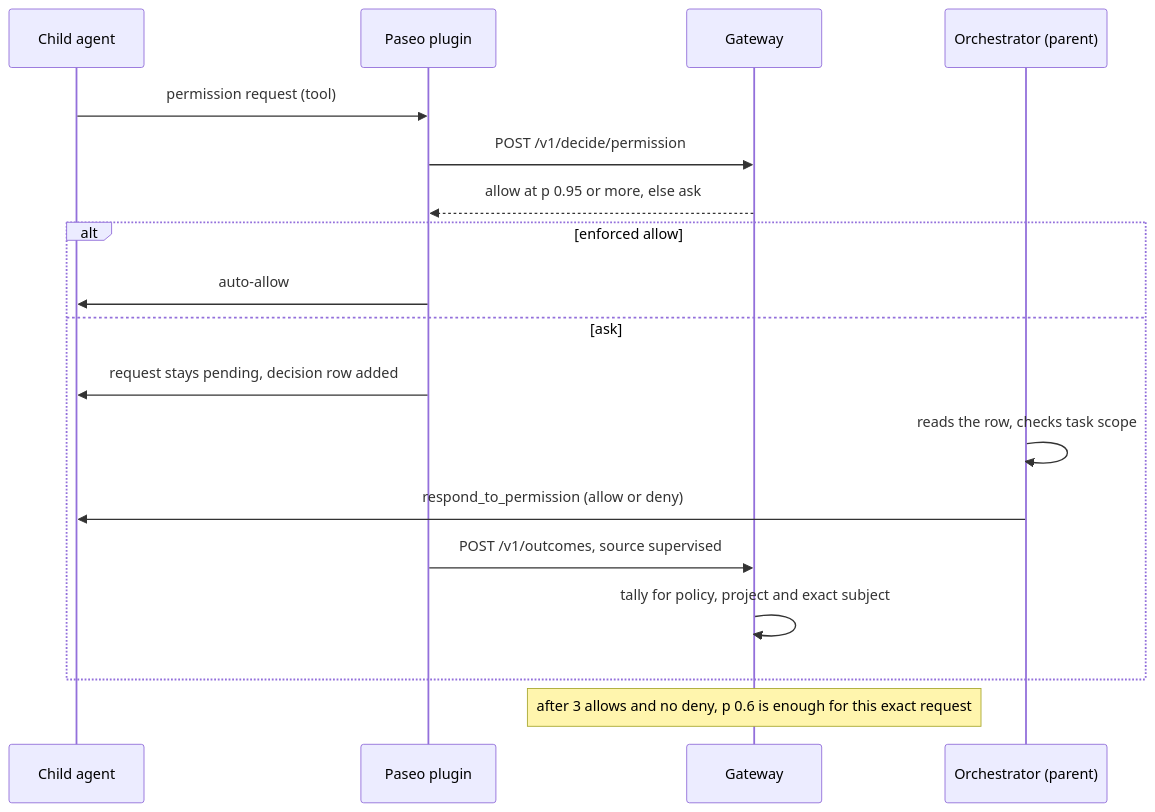
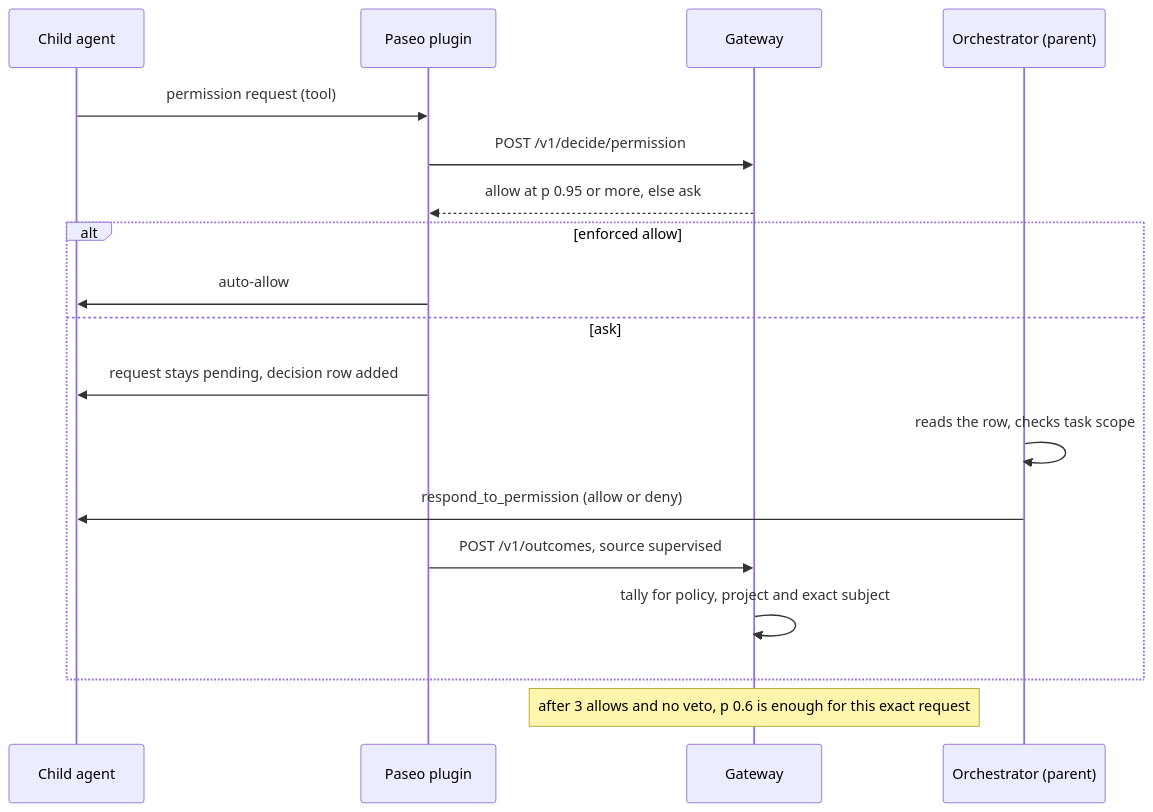
Before and after one commit to SkeLLLa/local-decider: the diagram in docs/supervised-subagents.md, drawn with Mermaid. The commit also changed other lines of this file and 77 other files, not shown here.

````diff
--- a/docs/supervised-subagents.md
+++ b/docs/supervised-subagents.md
@@ -7,20 +7,20 @@
 ```mermaid
 sequenceDiagram
   participant C as Child agent
   participant P as Paseo plugin
   participant G as Gateway
   participant O as Orchestrator (parent)
   C->>P: permission request (tool)
   P->>G: POST /v1/decide/permission
   G-->>P: allow at p 0.95 or more, else ask
   alt enforced allow
     P->>C: auto-allow
   else ask
     P->>C: request stays pending, decision row added
     O->>O: reads the row, checks task scope
     O->>C: respond_to_permission (allow or deny)
     P->>G: POST /v1/outcomes, source supervised
     G->>G: tally for policy, project and exact subject
   end
-  Note over G: after 3 allows and no deny, p 0.6 is enough for this exact request
+  Note over G: after 3 allows and no veto, p 0.6 is enough for this exact request
 ```
````
